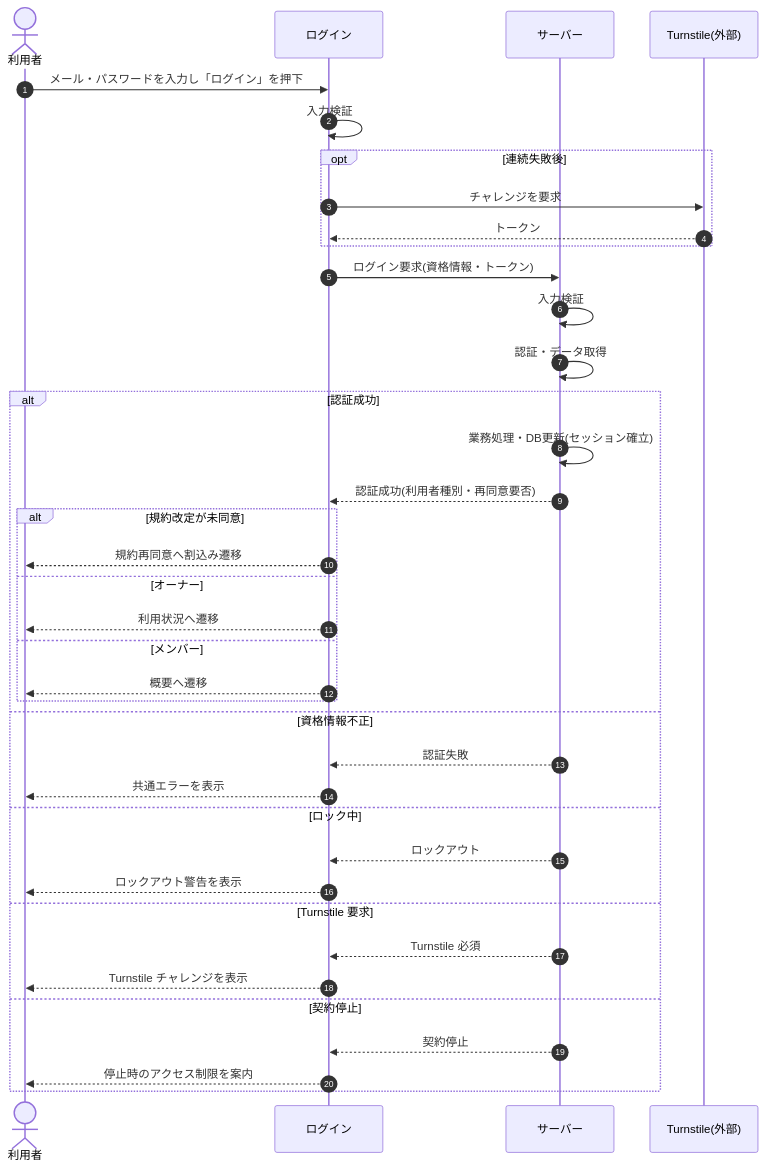
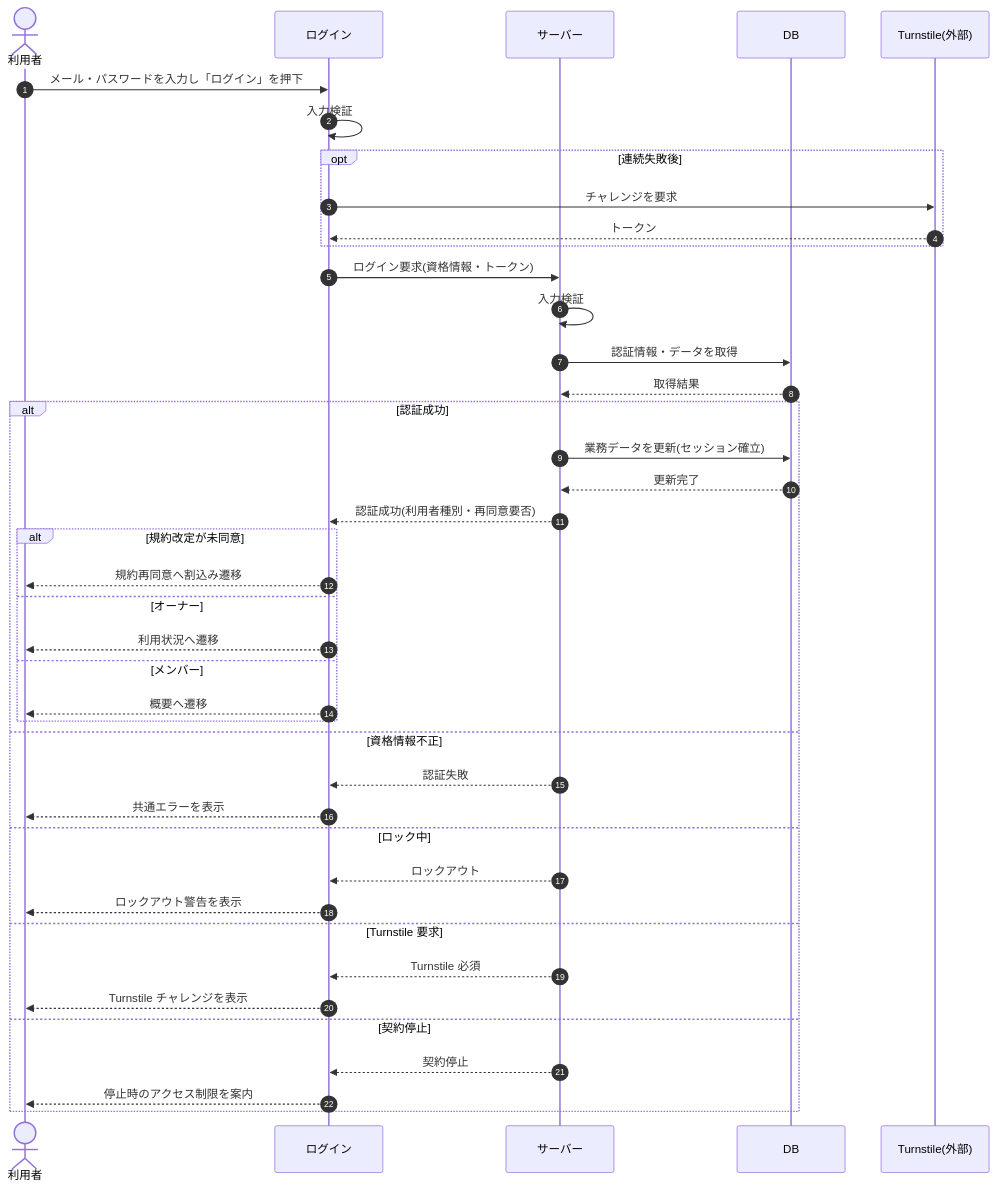
One commit to sikakou54/open-faq changed the diagram in 02_basic_design/03_sequences/SEQ-002.md. Above: the diagram before and after it, drawn with Mermaid. The commit also changed other lines of this file and 122 other files, not shown here.

First line of the commit message:
シーケンス図に DB アクターを追加(DB 操作をサーバー自己メッセージから分離)

````diff
--- a/02_basic_design/03_sequences/SEQ-002.md
+++ b/02_basic_design/03_sequences/SEQ-002.md
@@ -26,40 +26,43 @@
 ```mermaid
 sequenceDiagram
   autonumber
   actor U as 利用者
   participant Screen as ログイン
   participant Server as サーバー
+  participant DB as DB
   participant TS as Turnstile(外部)
   U->>Screen: メール・パスワードを入力し「ログイン」を押下
   Screen->>Screen: 入力検証
   opt 連続失敗後
     Screen->>TS: チャレンジを要求
     TS-->>Screen: トークン
   end
   Screen->>Server: ログイン要求(資格情報・トークン)
   Server->>Server: 入力検証
-  Server->>Server: 認証・データ取得
+  Server->>DB: 認証情報・データを取得
+  DB-->>Server: 取得結果
   alt 認証成功
-    Server->>Server: 業務処理・DB更新(セッション確立)
+    Server->>DB: 業務データを更新(セッション確立)
+    DB-->>Server: 更新完了
     Server-->>Screen: 認証成功(利用者種別・再同意要否)
     alt 規約改定が未同意
       Screen-->>U: 規約再同意へ割込み遷移
     else オーナー
       Screen-->>U: 利用状況へ遷移
     else メンバー
       Screen-->>U: 概要へ遷移
     end
   else 資格情報不正
     Server-->>Screen: 認証失敗
     Screen-->>U: 共通エラーを表示
   else ロック中
     Server-->>Screen: ロックアウト
     Screen-->>U: ロックアウト警告を表示
   else Turnstile 要求
     Server-->>Screen: Turnstile 必須
     Screen-->>U: Turnstile チャレンジを表示
   else 契約停止
     Server-->>Screen: 契約停止
     Screen-->>U: 停止時のアクセス制限を案内
   end
 ```
````
